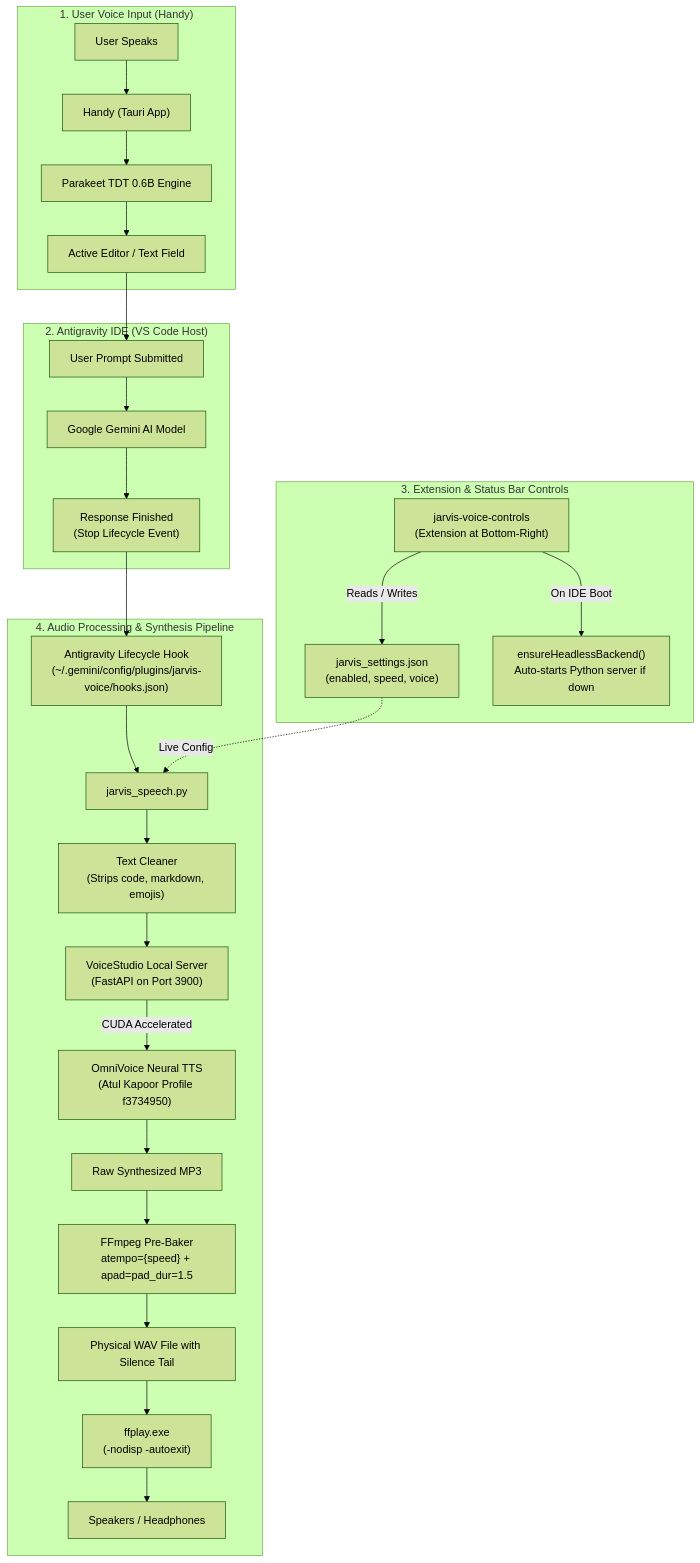
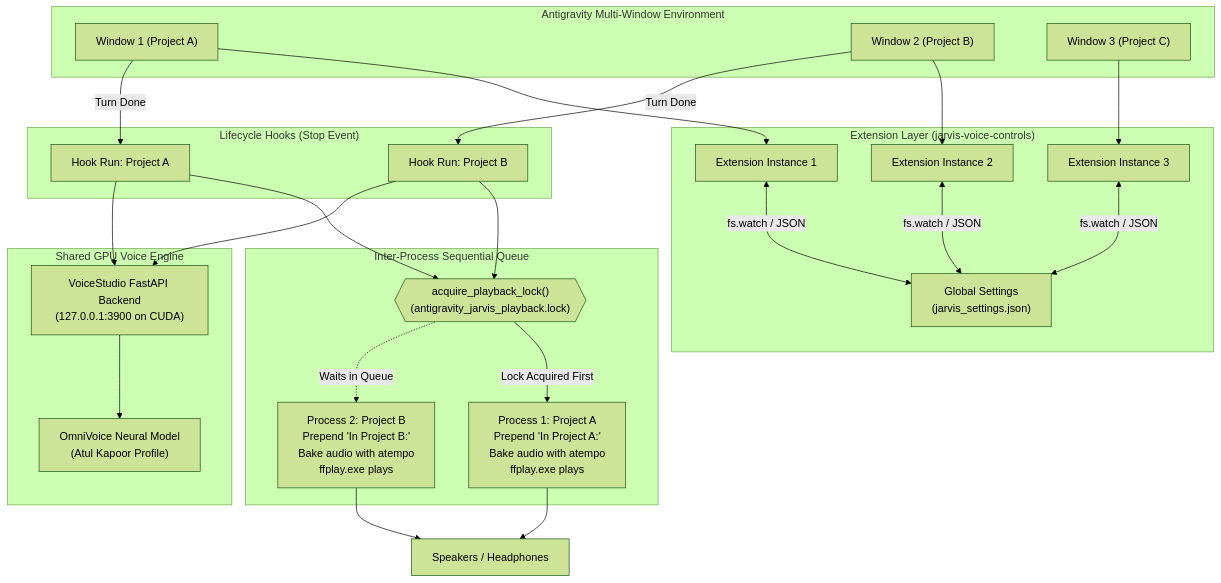
One commit to Heerozq/antigravity-jarvis-voice changed the diagram in docs/ARCHITECTURE.md. Above: the diagram before and after it, drawn with Mermaid (forest theme). The commit also changed other lines of this file and 3 other files, not shown here.

Commit message:
Add multi-window sequential queue, project prefix announcements, and workspace isolation

````diff
--- a/docs/ARCHITECTURE.md
+++ b/docs/ARCHITECTURE.md
@@ -37,34 +37,40 @@
 ```mermaid
 flowchart TD
-    subgraph Input ["1. User Voice Input (Handy)"]
-        A["User Speaks"] --> B["Handy (Tauri App)"]
-        B --> C["Parakeet TDT 0.6B Engine"]
-        C --> D["Active Editor / Text Field"]
+    subgraph MultiWindow ["Antigravity Multi-Window Environment"]
+        W1["Window 1 (Project A)"]
+        W2["Window 2 (Project B)"]
+        W3["Window 3 (Project C)"]
     end
 
-    subgraph IDE ["2. Antigravity IDE (VS Code Host)"]
-        D --> E["User Prompt Submitted"]
-        E --> F["Google Gemini AI Model"]
-        F --> G["Response Finished<br/>(Stop Lifecycle Event)"]
+    subgraph Extensions ["Extension Layer (jarvis-voice-controls)"]
+        E1["Extension Instance 1"]
+        E2["Extension Instance 2"]
+        E3["Extension Instance 3"]
+        W1 --> E1
+        W2 --> E2
+        W3 --> E3
+        E1 & E2 & E3 <-->|fs.watch / JSON| GCONF["Global Settings<br/>(jarvis_settings.json)"]
     end
 
-    subgraph Extension ["3. Extension & Status Bar Controls"]
-        H["jarvis-voice-controls<br/>(Extension at Bottom-Right)"]
-        H -->|Reads / Writes| I["jarvis_settings.json<br/>(enabled, speed, voice)"]
-        H -->|On IDE Boot| J["ensureHeadlessBackend()<br/>Auto-starts Python server if down"]
+    subgraph Hooks ["Lifecycle Hooks (Stop Event)"]
+        W1 -->|Turn Done| H1["Hook Run: Project A"]
+        W2 -->|Turn Done| H2["Hook Run: Project B"]
     end
 
-    subgraph Hook ["4. Audio Processing & Synthesis Pipeline"]
-        G --> K["Antigravity Lifecycle Hook<br/>(~/.gemini/config/plugins/jarvis-voice/hooks.json)"]
-        K --> L["jarvis_speech.py"]
-        I -.->|Live Config| L
-        L --> M["Text Cleaner<br/>(Strips code, markdown, emojis)"]
-        M --> N["VoiceStudio Local Server<br/>(FastAPI on Port 3900)"]
-        N -->|CUDA Accelerated| O["OmniVoice Neural TTS<br/>(Atul Kapoor Profile f3734950)"]
-        O --> P["Raw Synthesized MP3"]
-        P --> Q["FFmpeg Pre-Baker<br/>atempo={speed} + apad=pad_dur=1.5"]
-        Q --> R["Physical WAV File with Silence Tail"]
-        R --> S["ffplay.exe<br/>(-nodisp -autoexit)"]
-        S --> T["Speakers / Headphones"]
+    subgraph Backend ["Shared GPU Voice Engine"]
+        FASTAPI["VoiceStudio FastAPI Backend<br/>(127.0.0.1:3900 on CUDA)"]
+        FASTAPI --> OMNI["OmniVoice Neural Model<br/>(Atul Kapoor Profile)"]
     end
+
+    subgraph Queue ["Inter-Process Sequential Queue"]
+        H1 --> LOCK{{"acquire_playback_lock()<br/>(antigravity_jarvis_playback.lock)"}}
+        H2 --> LOCK
+        LOCK -->|Lock Acquired First| P1["Process 1: Project A<br/>Prepend 'In Project A:'<br/>Bake audio with atempo<br/>ffplay.exe plays"]
+        LOCK -.->|Waits in Queue| P2["Process 2: Project B<br/>Prepend 'In Project B:'<br/>Bake audio with atempo<br/>ffplay.exe plays"]
+    end
+
+    H1 --> FASTAPI
+    H2 --> FASTAPI
+    P1 --> SPK["Speakers / Headphones"]
+    P2 --> SPK
 ```
````
